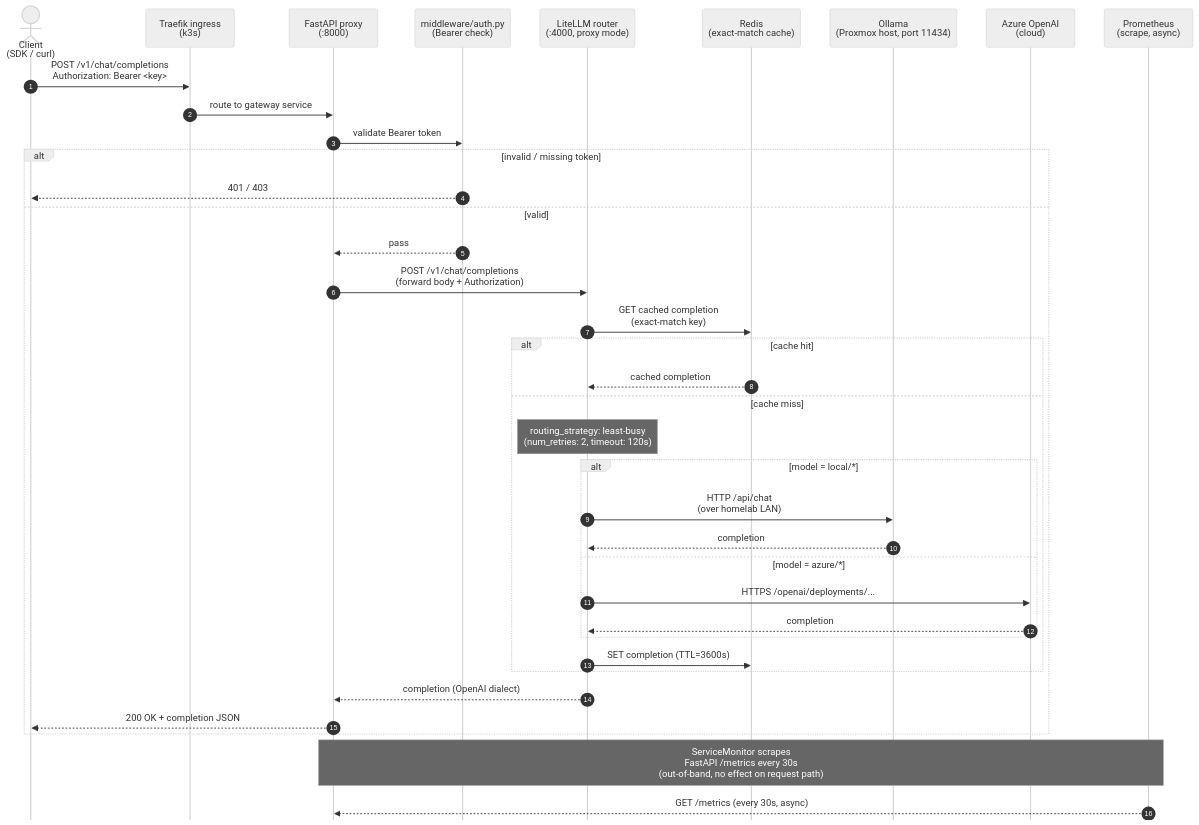
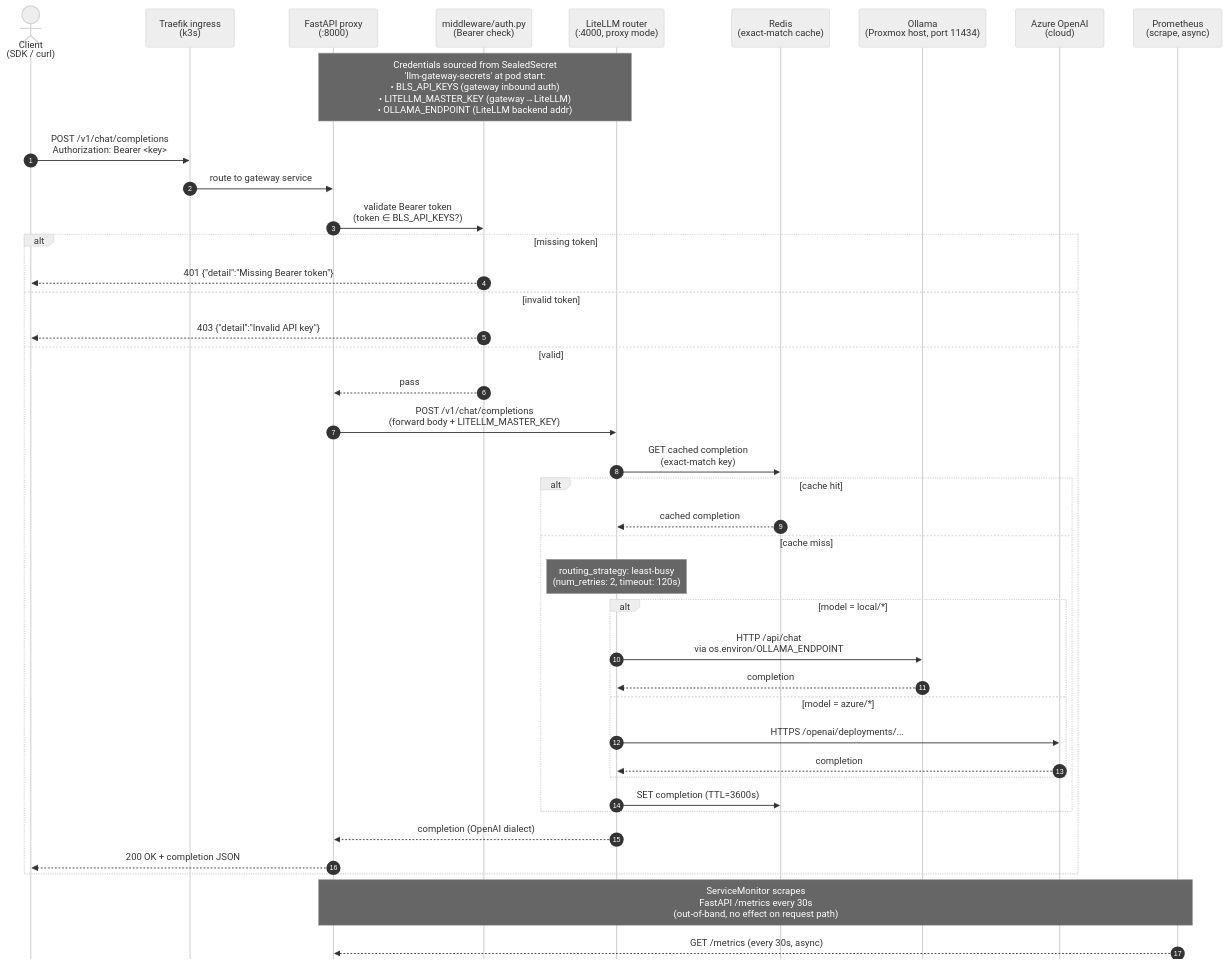
The diagram in docs/diagrams/05-llm-gateway-request-path.mmd (CalmAfterReboot/BLS-platform), drawn with Mermaid before and after one commit. The commit also changed 7 other files, not shown here.

First line of the commit message:
docs: refresh P1–P4 diagrams + add docs/tools-and-urls.md (#12)

```diff
--- a/docs/diagrams/05-llm-gateway-request-path.mmd
+++ b/docs/diagrams/05-llm-gateway-request-path.mmd
@@ -1,50 +1,59 @@
 %%{init: {'theme':'neutral','sequence':{'showSequenceNumbers':true,'mirrorActors':false}}}%%
 sequenceDiagram
     %% LLM gateway request path — single completion request from caller to backend and back.
 
     actor Caller as Client<br/>(SDK / curl)
     participant Ingress as Traefik ingress<br/>(k3s)
     participant FastAPI as FastAPI proxy<br/>(:8000)
     participant Auth as middleware/auth.py<br/>(Bearer check)
     participant LiteLLM as LiteLLM router<br/>(:4000, proxy mode)
     participant Cache as Redis<br/>(exact-match cache)
     participant Ollama as Ollama<br/>(Proxmox host, port 11434)
     participant AOAI as Azure OpenAI<br/>(cloud)
     participant Prom as Prometheus<br/>(scrape, async)
 
+    Note over FastAPI,LiteLLM: Credentials sourced from SealedSecret<br/>'llm-gateway-secrets' at pod start:<br/>• BLS_API_KEYS  (gateway inbound auth)<br/>• LITELLM_MASTER_KEY  (gateway→LiteLLM)<br/>• OLLAMA_ENDPOINT  (LiteLLM backend addr)
+
     Caller->>Ingress: POST /v1/chat/completions<br/>Authorization: Bearer <key>
     Ingress->>FastAPI: route to gateway service
-    FastAPI->>Auth: validate Bearer token
-    alt invalid / missing token
-        Auth-->>Caller: 401 / 403
+    FastAPI->>Auth: validate Bearer token<br/>(token ∈ BLS_API_KEYS?)
+    alt missing token
+        Auth-->>Caller: 401 {"detail":"Missing Bearer token"}
+    else invalid token
+        Auth-->>Caller: 403 {"detail":"Invalid API key"}
     else valid
         Auth-->>FastAPI: pass
-        FastAPI->>LiteLLM: POST /v1/chat/completions<br/>(forward body + Authorization)
+        FastAPI->>LiteLLM: POST /v1/chat/completions<br/>(forward body + LITELLM_MASTER_KEY)
         LiteLLM->>Cache: GET cached completion<br/>(exact-match key)
         alt cache hit
             Cache-->>LiteLLM: cached completion
         else cache miss
             Note over LiteLLM: routing_strategy: least-busy<br/>(num_retries: 2, timeout: 120s)
             alt model = local/*
-                LiteLLM->>Ollama: HTTP /api/chat<br/>(over homelab LAN)
+                LiteLLM->>Ollama: HTTP /api/chat<br/>via os.environ/OLLAMA_ENDPOINT
                 Ollama-->>LiteLLM: completion
             else model = azure/*
                 LiteLLM->>AOAI: HTTPS /openai/deployments/...
                 AOAI-->>LiteLLM: completion
             end
             LiteLLM->>Cache: SET completion (TTL=3600s)
         end
         LiteLLM-->>FastAPI: completion (OpenAI dialect)
         FastAPI-->>Caller: 200 OK + completion JSON
     end
 
     Note over Prom,FastAPI: ServiceMonitor scrapes<br/>FastAPI /metrics every 30s<br/>(out-of-band, no effect on request path)
     Prom-->>FastAPI: GET /metrics (every 30s, async)
 
 %% Caption — supports BLS-PLATFORM-ENGINEERING-GUIDE.md §4 (P4 LLM gateway).
 %% Shows the full request path: ingress → FastAPI auth → LiteLLM router (with
 %% cache-hit / cache-miss branch) → backend selection (Ollama on the Proxmox
-%% host vs cloud provider) → response. The async scrape edge from Prometheus
-%% is rendered separately because it is not part of the request path — it is
-%% an out-of-band observation, and conflating the two is the most common
+%% host vs cloud provider) → response. Three runtime credentials are sourced
+%% from a SealedSecret committed to git encrypted: BLS_API_KEYS gates inbound
+%% auth, LITELLM_MASTER_KEY authorises gateway→LiteLLM, and OLLAMA_ENDPOINT
+%% is substituted into LiteLLM's `api_base` via its `os.environ/VAR` syntax —
+%% so no homelab-internal address is committed in plaintext. Auth failures
+%% return a typed JSON envelope (401 missing-token / 403 invalid-key). The
+%% async scrape edge from Prometheus is rendered separately because it is
+%% not part of the request path — conflating the two is the most common
 %% diagrammatic mistake on observability-aware services.
```
